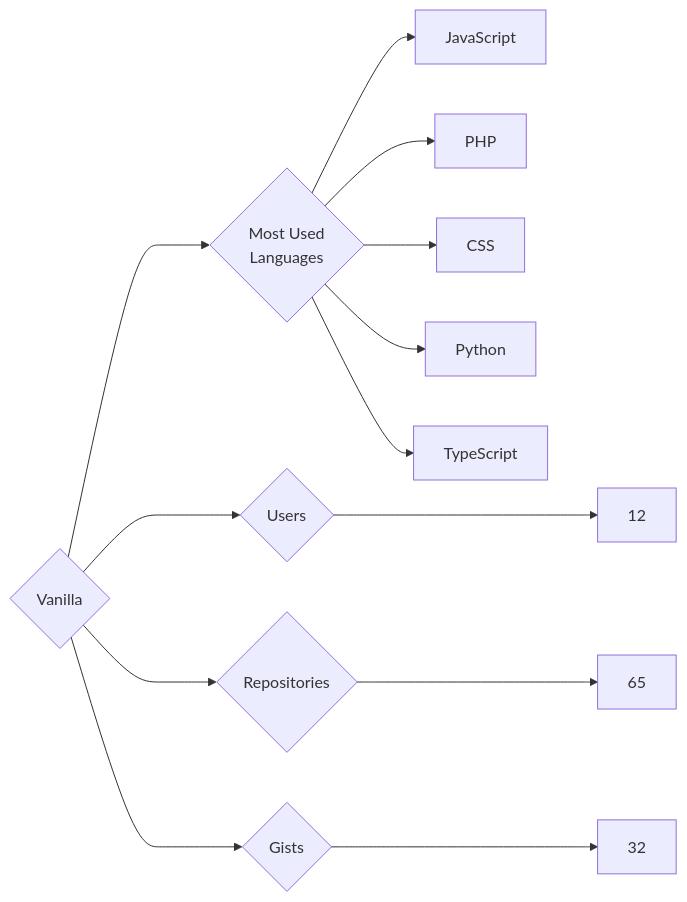
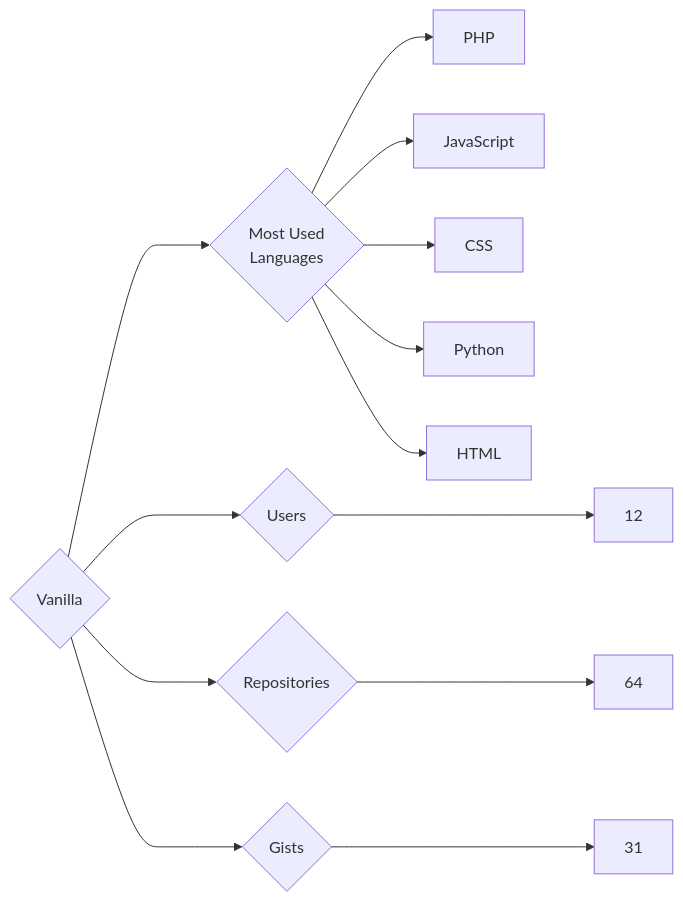
One commit to trickest/insiders changed the diagram in targets/Vanilla/README.md. Above: the diagram before and after it, drawn with Mermaid. The commit also changed 871 other files, not shown here.

````diff
--- a/targets/Vanilla/README.md
+++ b/targets/Vanilla/README.md
@@ -3,13 +3,13 @@
 ```mermaid
 graph LR
 COMPANY_NAME{Vanilla}
 COMPANY_NAME ---> U{Users} ---> UN[12]
-COMPANY_NAME ---> R{Repositories} ---> RN[65]
-COMPANY_NAME ---> G{Gists} ---> GN[32]
+COMPANY_NAME ---> R{Repositories} ---> RN[64]
+COMPANY_NAME ---> G{Gists} ---> GN[31]
 COMPANY_NAME ---> ML{Most Used<br>Languages}
+ML --> PHP[PHP]
 ML --> JavaScript[JavaScript]
-ML --> PHP[PHP]
 ML --> CSS[CSS]
 ML --> Python[Python]
-ML --> TypeScript[TypeScript]
+ML --> HTML[HTML]
 ```
````
